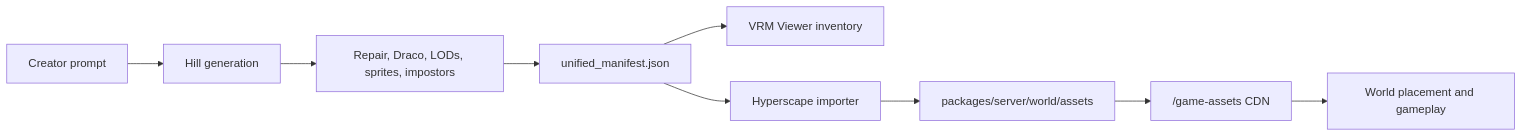
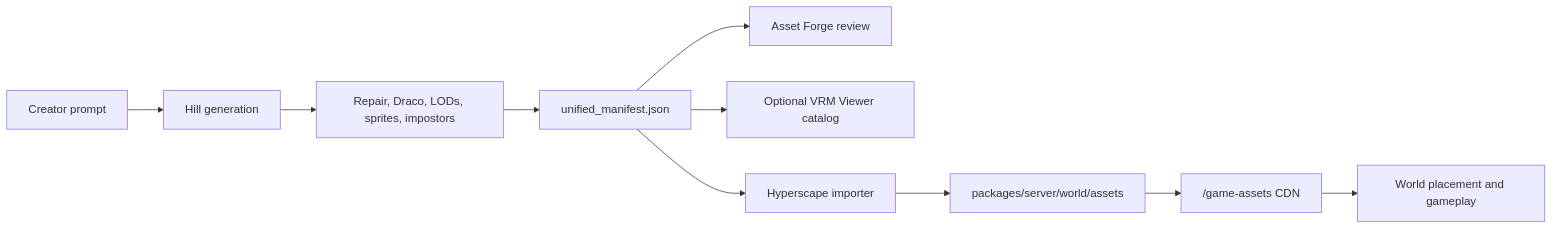
The diagram in docs/asset-pipeline.md (DavinciDreams/hyperscape), drawn with Mermaid before and after one commit. The commit also changed other lines of this file and 9 other files, not shown here.

Commit message:
Fix Asset Forge generator preview setup

````diff
--- a/docs/asset-pipeline.md
+++ b/docs/asset-pipeline.md
@@ -20,11 +21,12 @@
 ```mermaid
 flowchart LR
     Prompt["Creator prompt"] --> Hill["Hill generation"]
     Hill --> Optimize["Repair, Draco, LODs, sprites, impostors"]
     Optimize --> Manifest["unified_manifest.json"]
-    Manifest --> Viewer["VRM Viewer inventory"]
+    Manifest --> Forge["Asset Forge review"]
+    Manifest --> Viewer["Optional VRM Viewer catalog"]
     Manifest --> Importer["Hyperscape importer"]
     Importer --> Assets["packages/server/world/assets"]
     Assets --> CDN["/game-assets CDN"]
     CDN --> Runtime["World placement and gameplay"]
 ```
````
